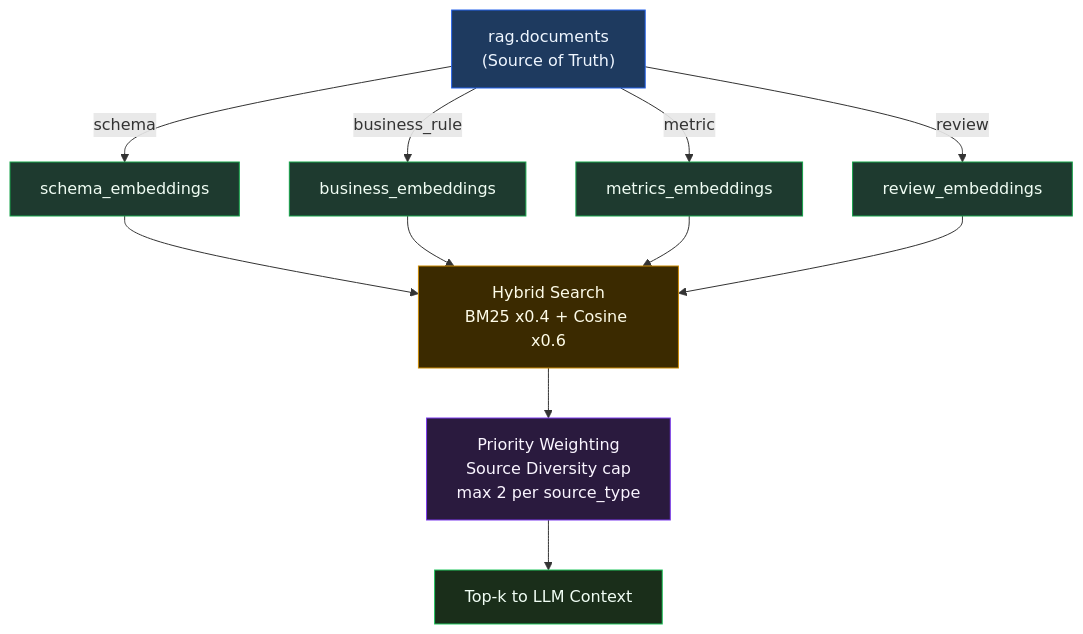
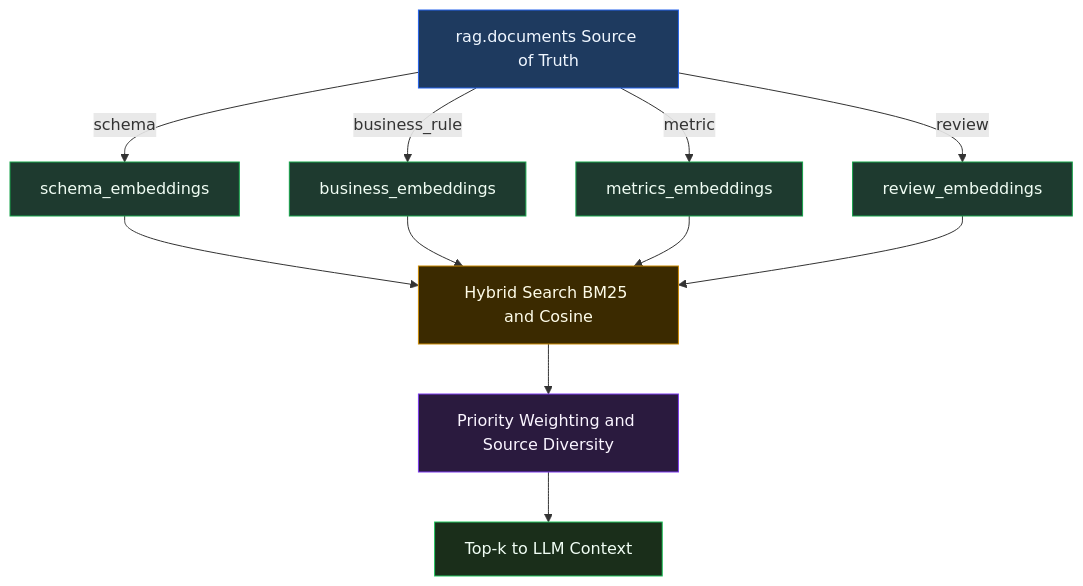
Before and after one commit to Mohamed-Elmasry16/Recovera-Hybrid-Database-Architecture: the third of 6 diagrams in README.md, drawn with Mermaid. The commit also changed other lines of this file, not shown here.

````diff
--- a/README.md
+++ b/README.md
@@ -234,23 +237,23 @@
 ```mermaid
 flowchart TD
-    SRC["rag.documents\n(Source of Truth)"]:::src
+    SRC["rag.documents Source of Truth"]:::src
 
     SRC -->|schema| SE["schema_embeddings"]:::emb
     SRC -->|business_rule| BE["business_embeddings"]:::emb
     SRC -->|metric| ME["metrics_embeddings"]:::emb
     SRC -->|review| RE["review_embeddings"]:::emb
 
-    SE --> HS["Hybrid Search\nBM25 x0.4 + Cosine x0.6"]:::fuse
+    SE --> HS["Hybrid Search BM25 and Cosine"]:::fuse
     BE --> HS
     ME --> HS
     RE --> HS
 
-    HS --> PW["Priority Weighting\nSource Diversity cap\nmax 2 per source_type"]:::rank
+    HS --> PW["Priority Weighting and Source Diversity"]:::rank
     PW --> CTX["Top-k to LLM Context"]:::out
 
-    classDef src  fill:#1e3a5f,stroke:#2563eb,color:#eff6ff
-    classDef emb  fill:#1e3a2f,stroke:#16a34a,color:#f0fdf4
+    classDef src fill:#1e3a5f,stroke:#2563eb,color:#eff6ff
+    classDef emb fill:#1e3a2f,stroke:#16a34a,color:#f0fdf4
     classDef fuse fill:#3b2a00,stroke:#ca8a04,color:#fefce8
     classDef rank fill:#2a1a3e,stroke:#7c3aed,color:#faf5ff
-    classDef out  fill:#1a2e1a,stroke:#22c55e,color:#f0fdf4
+    classDef out fill:#1a2e1a,stroke:#22c55e,color:#f0fdf4
 ```
````
